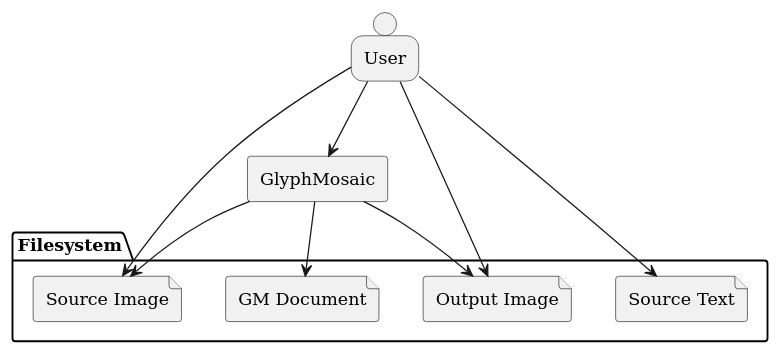
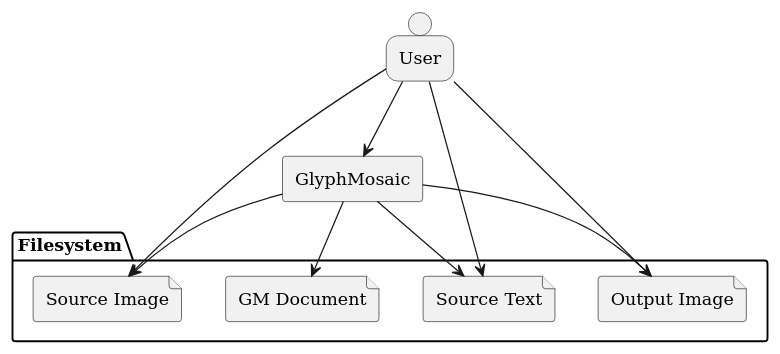
One commit to zwerdlds/GlyphMosaic changed the diagram in documentation/Specification/diagrams/context.plantuml. Above: the diagram before and after it, drawn with PlantUML.

Commit message:
docs: ctx gm-source text relationship implied

```diff
--- a/documentation/Specification/diagrams/context.plantuml
+++ b/documentation/Specification/diagrams/context.plantuml
@@ -1,25 +1,27 @@
 @startuml context
 skinparam componentStyle uml1
 skinparam defaultFontName DejaVu Serif
 
 person "User" as usr
 
 agent "GlyphMosaic" as gm
 
 package Filesystem as fs {
   file "Source Image" as si
   file "Source Text" as st
   file "GM Document" as gd
   file "Output Image" as oi
 }
 
 usr --> gm
+
 gm --> si
 gm --> gd
 gm --> oi
+gm --> st
 
 usr --> si
 usr --> st
 usr --> oi
 
 @enduml
```
